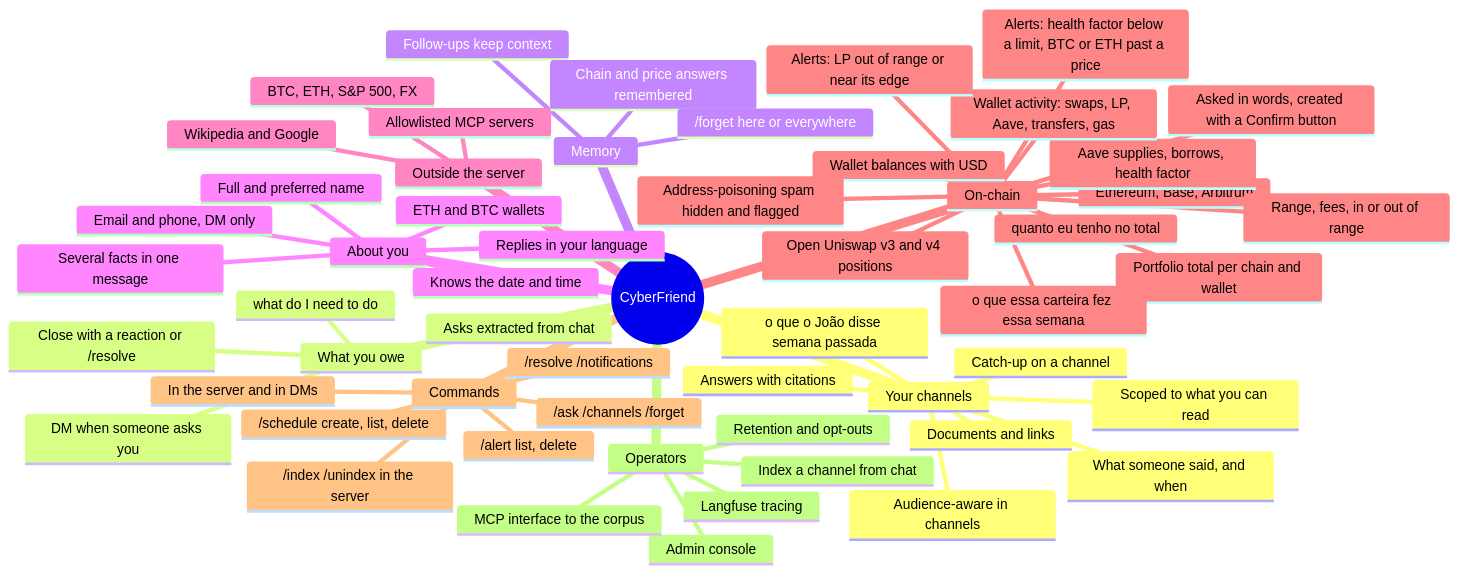
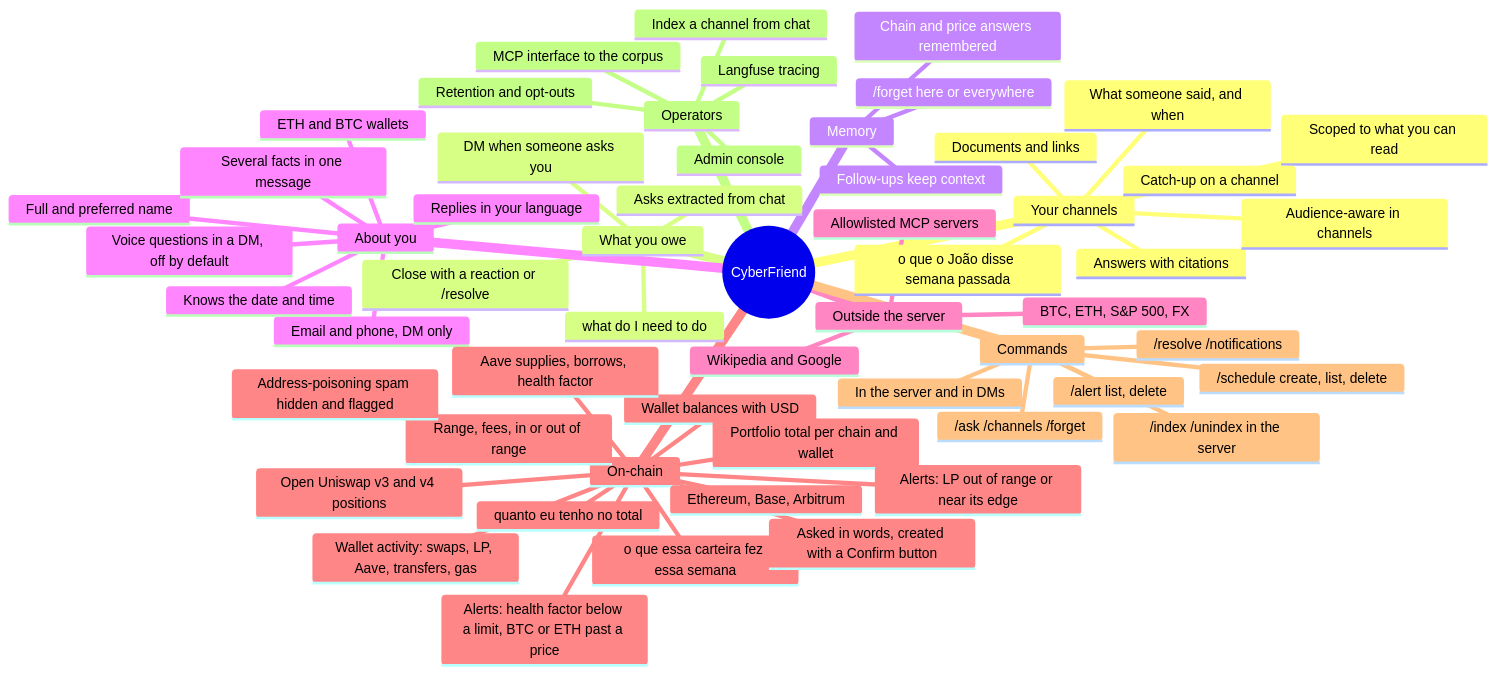
One commit to CyberdyneCorp/CyberFriend changed the first of 4 diagrams in README.md. Above: the diagram before and after it, drawn with Mermaid. The commit also changed other lines of this file and 29 other files, not shown here.

First line of the commit message:
Answer voice questions sent to the bot in a DM

````diff
--- a/README.md
+++ b/README.md
@@ -42,59 +43,60 @@
 ```mermaid
 mindmap
   root((CyberFriend))
     Your channels
       Answers with citations
       Scoped to what you can read
       Audience-aware in channels
       Documents and links
       Catch-up on a channel
       What someone said, and when
       o que o João disse semana passada
     What you owe
       Asks extracted from chat
       what do I need to do
       Close with a reaction or /resolve
       DM when someone asks you
     Memory
       Follow-ups keep context
       Chain and price answers remembered
       /forget here or everywhere
     About you
       Full and preferred name
       Email and phone, DM only
       ETH and BTC wallets
       Several facts in one message
       Replies in your language
       Knows the date and time
+      Voice questions in a DM, off by default
     Outside the server
       Wikipedia and Google
       Allowlisted MCP servers
       BTC, ETH, S&P 500, FX
     On-chain
       Ethereum, Base, Arbitrum
       Wallet balances with USD
       Open Uniswap v3 and v4 positions
       Range, fees, in or out of range
       Aave supplies, borrows, health factor
       Portfolio total per chain and wallet
       quanto eu tenho no total
       Wallet activity: swaps, LP, Aave, transfers, gas
       o que essa carteira fez essa semana
       Address-poisoning spam hidden and flagged
       Alerts: LP out of range or near its edge
       Alerts: health factor below a limit, BTC or ETH past a price
       Asked in words, created with a Confirm button
     Commands
       /ask /channels /forget
       /resolve /notifications
       /schedule create, list, delete
       /alert list, delete
       In the server and in DMs
       /index /unindex in the server
     Operators
       Index a channel from chat
       Admin console
       MCP interface to the corpus
       Langfuse tracing
       Retention and opt-outs
 ```
````
